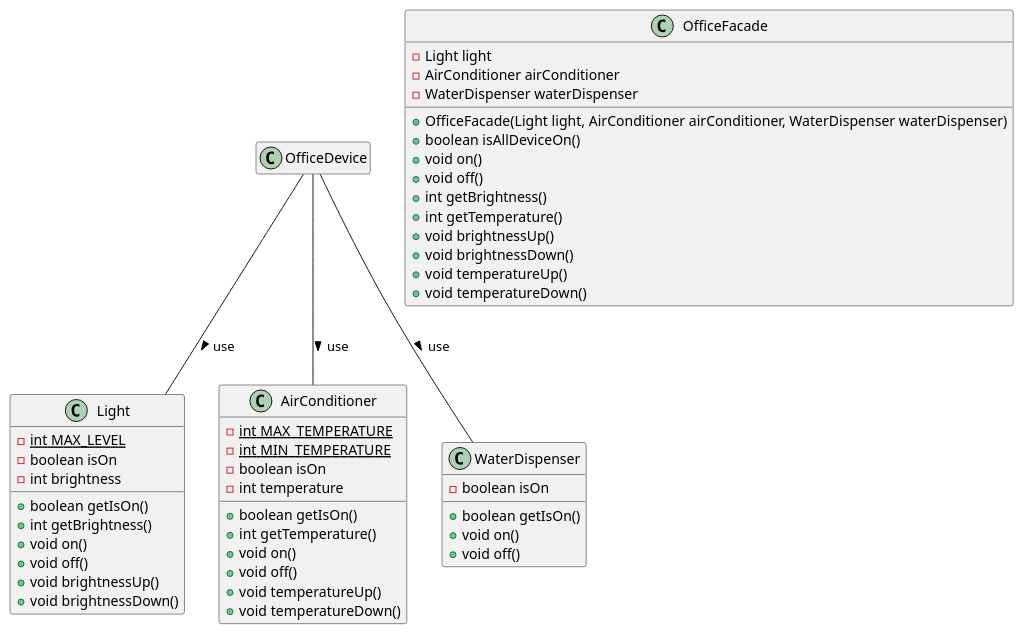
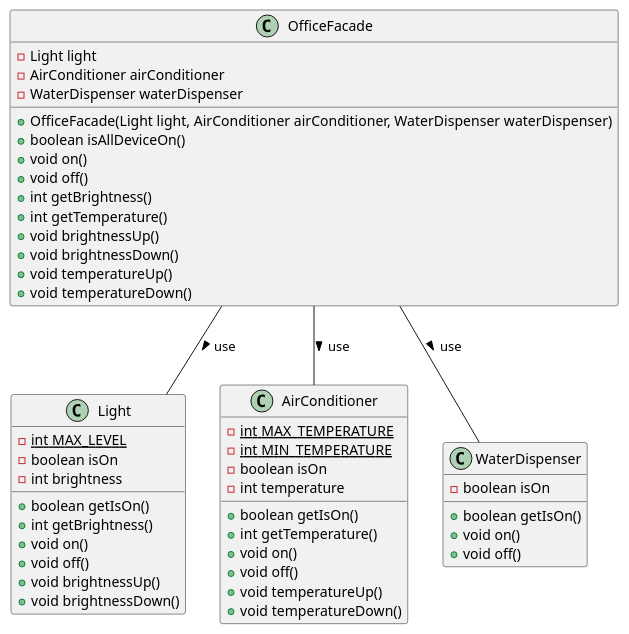
One commit to gama79530/DesignPattern changed the diagram in FacadePattern/example.puml. Above: the diagram before and after it, drawn with PlantUML. The commit also changed 3 other files, not shown here.

```diff
--- a/FacadePattern/example.puml
+++ b/FacadePattern/example.puml
@@ -1,57 +1,57 @@
 @startuml example
 hide empty members
 
 class Light{
     - {static} int MAX_LEVEL
     - boolean isOn
     - int brightness
     + boolean getIsOn()
     + int getBrightness()
     + void on()
     + void off()
     + void brightnessUp()
     + void brightnessDown()
 }
 
 class AirConditioner{
     - {static} int MAX_TEMPERATURE
     - {static} int MIN_TEMPERATURE
     - boolean isOn
     - int temperature
     + boolean getIsOn()
     + int getTemperature()
     + void on()
     + void off()
     + void temperatureUp()
     + void temperatureDown()
 }
 
 class WaterDispenser{
     - boolean isOn
     + boolean getIsOn()
     + void on()
     + void off()
 }
 
 class OfficeFacade{
     - Light light
     - AirConditioner airConditioner
     - WaterDispenser waterDispenser
 
     + OfficeFacade(Light light, AirConditioner airConditioner, WaterDispenser waterDispenser)
     + boolean isAllDeviceOn()
     + void on()
     + void off()
     + int getBrightness()
     + int getTemperature()
     + void brightnessUp()
     + void brightnessDown()
     + void temperatureUp()
     + void temperatureDown()
 }
 
-OfficeDevice -- Light: use >
-OfficeDevice -- AirConditioner: use >
-OfficeDevice -- WaterDispenser: use >
+OfficeFacade -- Light: use >
+OfficeFacade -- AirConditioner: use >
+OfficeFacade -- WaterDispenser: use >
 
 @enduml
```
